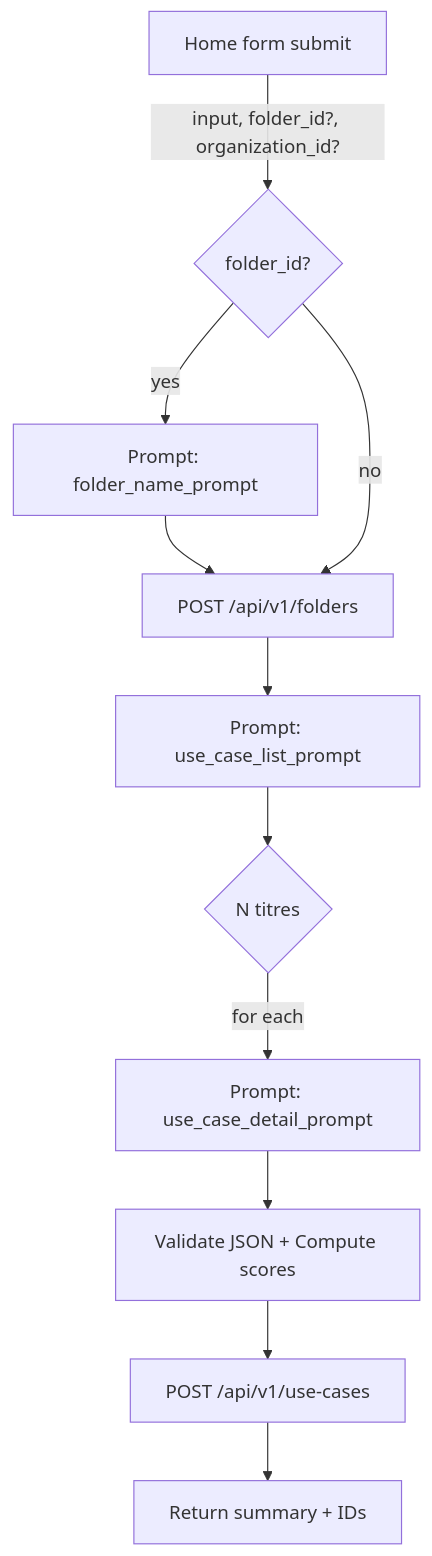
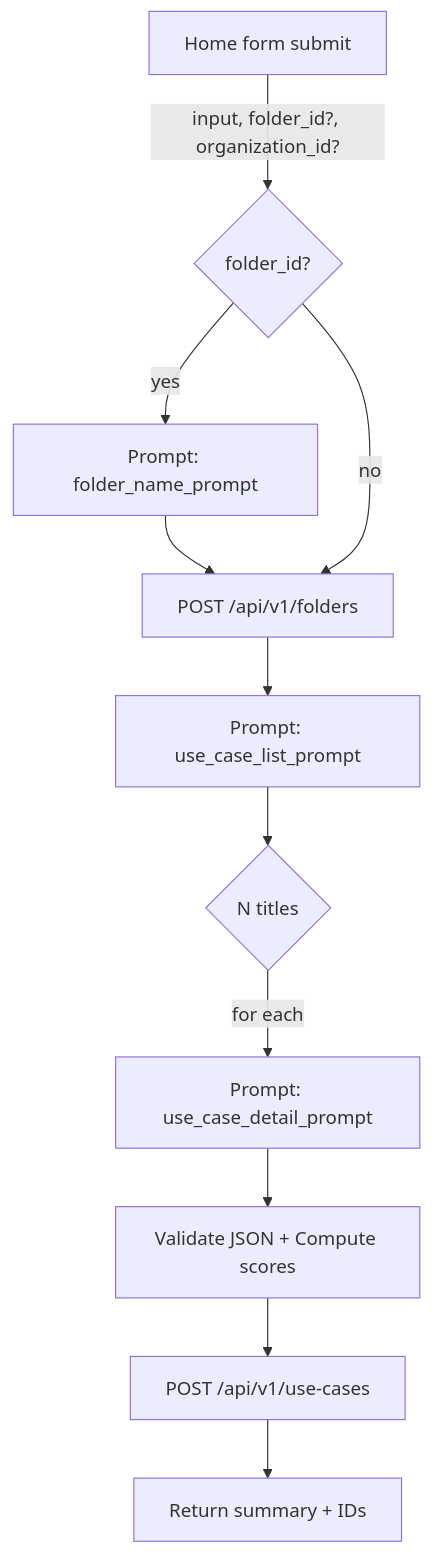
The diagram in spec/SPEC.md (rhanka/sentropic), drawn with Mermaid before and after one commit. The commit also changed other lines of this file, not shown here.

````diff
--- a/spec/SPEC.md
+++ b/spec/SPEC.md
@@ -541,13 +540,13 @@
 ```mermaid
 flowchart TD
   A[Home form submit] -->|input, folder_id?, organization_id?| B{folder_id?}
   B -- yes --> C[Prompt: folder_name_prompt]
   C --> D[POST /api/v1/folders]
   B -- no --> D
   D --> E[Prompt: use_case_list_prompt]
-  E --> F{N titres}
+  E --> F{N titles}
   F -->|for each| G[Prompt: use_case_detail_prompt]
   G --> H[Validate JSON + Compute scores]
   H --> I[POST /api/v1/use-cases]
   I --> J[Return summary + IDs]
 ```
````
